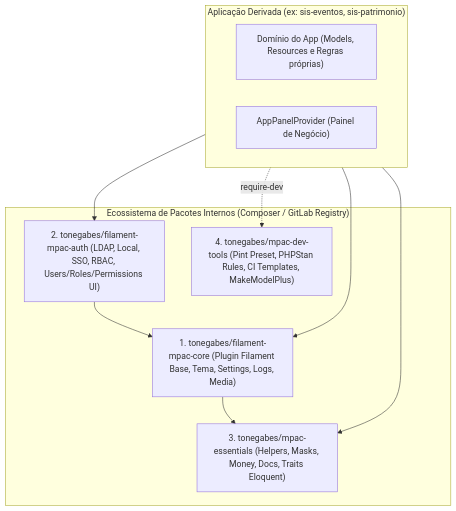
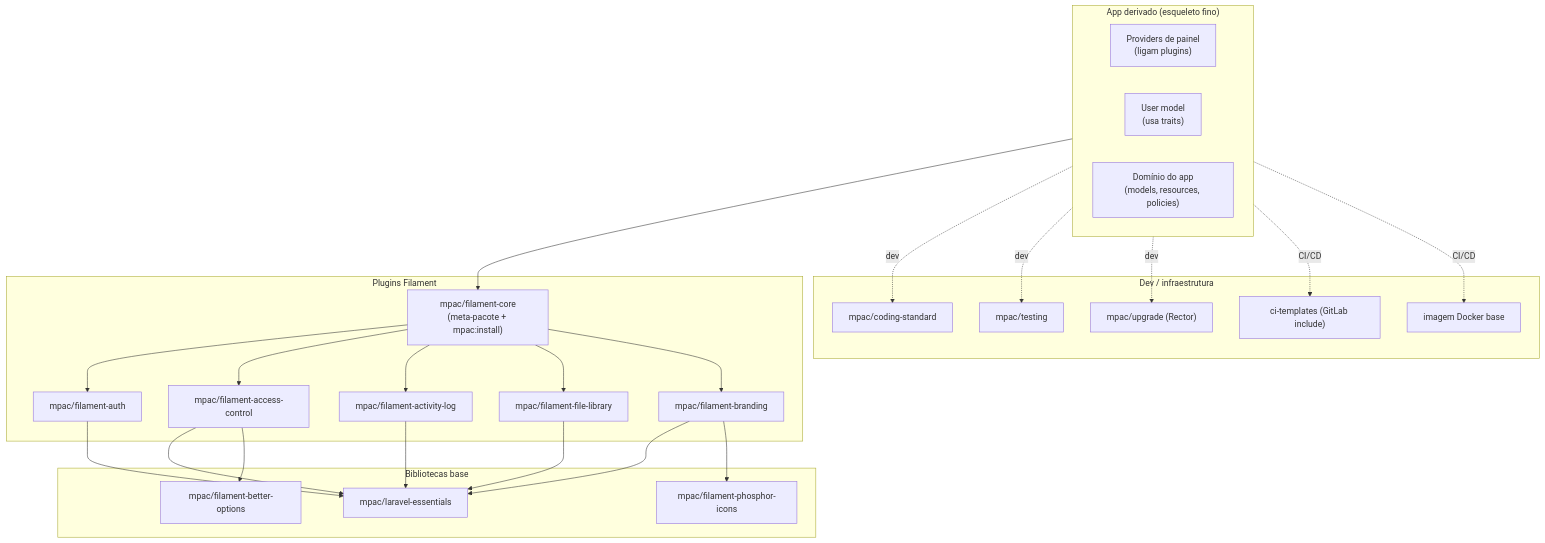
The diagram in ANALISE_ARQUITETURAL_E_PACOTES.md (tonegabes/filament-mpac), drawn with Mermaid before and after one commit. The commit also changed other lines of this file and 98 other files, not shown here.

First line of the commit message:
refactor: enhance user management and permissions synchronization

````diff
--- a/ANALISE_ARQUITETURAL_E_PACOTES.md
+++ b/ANALISE_ARQUITETURAL_E_PACOTES.md
@@ -134,21 +193,39 @@
 ```mermaid
-flowchart TD
-    subgraph App["Aplicação Derivada (ex: sis-eventos, sis-patrimonio)"]
-        Domain["Domínio do App (Models, Resources e Regras próprias)"]
-        AppPanel["AppPanelProvider (Painel de Negócio)"]
+flowchart TB
+    subgraph app["App derivado (esqueleto fino)"]
+        A1["Providers de painel<br/>(ligam plugins)"]
+        A2["User model<br/>(usa traits)"]
+        A3["Domínio do app<br/>(models, resources, policies)"]
     end
 
-    subgraph Packages["Ecossistema de Pacotes Internos (Composer / GitLab Registry)"]
-        FilamentCore["1. tonegabes/filament-mpac-core (Plugin Filament Base, Tema, Settings, Logs, Media)"]
-        AuthPkg["2. tonegabes/filament-mpac-auth (LDAP, Local, SSO, RBAC, Users/Roles/Permissions UI)"]
-        Essentials["3. tonegabes/mpac-essentials (Helpers, Masks, Money, Docs, Traits Eloquent)"]
-        DevTools["4. tonegabes/mpac-dev-tools (Pint Preset, PHPStan Rules, CI Templates, MakeModelPlus)"]
+    subgraph filament["Plugins Filament"]
+        P1["mpac/filament-core<br/>(meta-pacote + mpac:install)"]
+        P2["mpac/filament-auth"]
+        P3["mpac/filament-access-control"]
+        P4["mpac/filament-activity-log"]
+        P5["mpac/filament-file-library"]
+        P6["mpac/filament-branding"]
     end
 
-    App --> FilamentCore
-    App --> AuthPkg
-    App --> Essentials
-    App -.->|require-dev| DevTools
-    FilamentCore --> Essentials
-    AuthPkg --> FilamentCore
+    subgraph base["Bibliotecas base"]
+        B1["mpac/laravel-essentials"]
+        B2["mpac/filament-phosphor-icons"]
+        B3["mpac/filament-better-options"]
+    end
+
+    subgraph dev["Dev / infraestrutura"]
+        D1["mpac/coding-standard"]
+        D2["mpac/testing"]
+        D3["mpac/upgrade (Rector)"]
+        D4["ci-templates (GitLab include)"]
+        D5["imagem Docker base"]
+    end
+
+    app --> P1
+    P1 --> P2 & P3 & P4 & P5 & P6
+    P2 & P3 & P4 & P5 & P6 --> B1
+    P6 --> B2
+    P3 --> B3
+    app -. dev .-> D1 & D2 & D3
+    app -. CI/CD .-> D4 & D5
 ```
````
